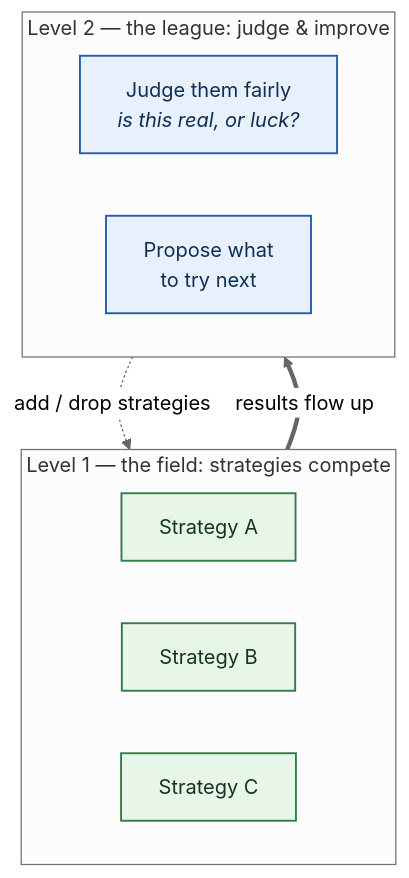
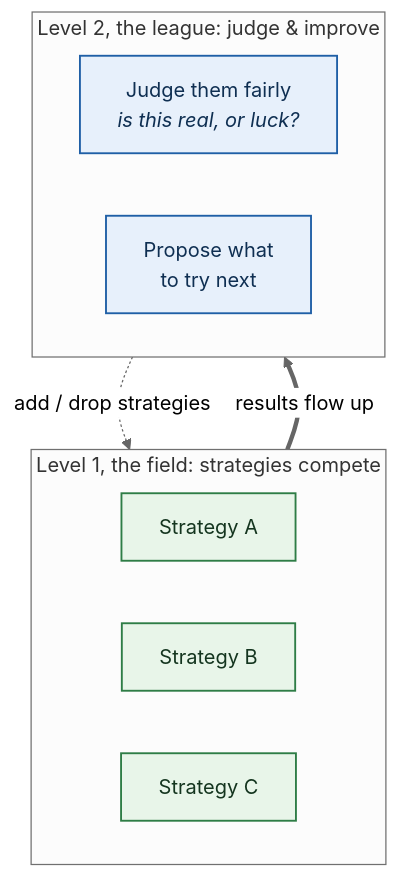
Before and after one commit to masalasev-ops/AlphaFinanceLab: the first of 7 diagrams in ORIENTATION.md, drawn with Mermaid (neutral theme). The commit also changed other lines of this file and 12 other files, not shown here.

````diff
--- a/ORIENTATION.md
+++ b/ORIENTATION.md
@@ -19,23 +19,23 @@
 ```mermaid
 flowchart TB
-    subgraph FIELD["Level 1 — the field: strategies compete"]
+    subgraph FIELD["Level 1, the field: strategies compete"]
         direction LR
         S1["Strategy A"]:::trade
         S2["Strategy B"]:::trade
         S3["Strategy C"]:::trade
     end
-    subgraph LEAGUE["Level 2 — the league: judge & improve"]
+    subgraph LEAGUE["Level 2, the league: judge & improve"]
         direction LR
         J["Judge them fairly<br/><i>is this real, or luck?</i>"]:::machine
         I["Propose what<br/>to try next"]:::machine
     end
     FIELD ==>|"results flow up"| LEAGUE
     LEAGUE -. "add / drop strategies" .-> FIELD
 
     classDef trade fill:#E8F5E9,stroke:#2E7D46,stroke-width:1.5px,color:#14351f;
     classDef notrade fill:#EEEEEE,stroke:#7A7A7A,stroke-width:1.5px,color:#2b2b2b;
     classDef machine fill:#E7F0FB,stroke:#1F5FA6,stroke-width:1.5px,color:#0f2f52;
     classDef outcome fill:#FFF4E5,stroke:#C77700,stroke-width:1.5px,color:#5c3800;
     classDef hub fill:#E2F5F1,stroke:#0F6E56,stroke-width:1.5px,color:#0a3b30;
     classDef verdict fill:#F3EEFB,stroke:#6A4FB0,stroke-width:1.5px,color:#301d5c;
 ```
````
